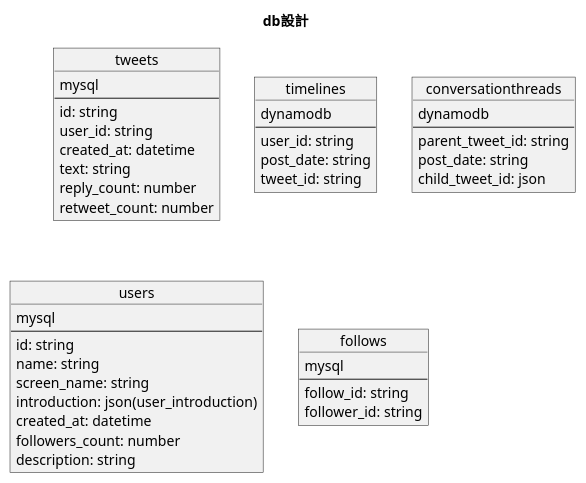
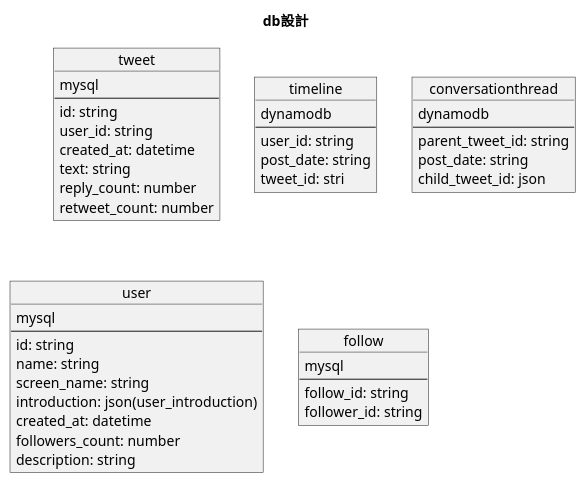
The diagram in docs/db_design.pu (YuuseiMatsunaga/hogetter), drawn with PlantUML before and after one commit.

Commit message:
change db dsign

```diff
--- a/docs/db_design.pu
+++ b/docs/db_design.pu
@@ -1,50 +1,50 @@
 @startuml db
 title db設計
 
-object tweets {
+object tweet {
     mysql
     --
     id: string
     user_id: string
     created_at: datetime
     text: string
     reply_count: number
     retweet_count: number
 }
 
-object timelines {
+object timeline {
     dynamodb
     --
     user_id: string
     post_date: string
-    tweet_id: string
+    tweet_id: stri
 }
 
-object conversationthreads {
+object conversationthread {
     dynamodb
     --
     parent_tweet_id: string
     post_date: string
     child_tweet_id: json
 }
 
-object users {
+object user {
     mysql
     --
     id: string
     name: string
     screen_name: string
     introduction: json(user_introduction)
     created_at: datetime
     followers_count: number
     description: string
 }
 
-object follows {
+object follow {
     mysql
     --
     follow_id: string
     follower_id: string
 }
 
 @enduml
```
